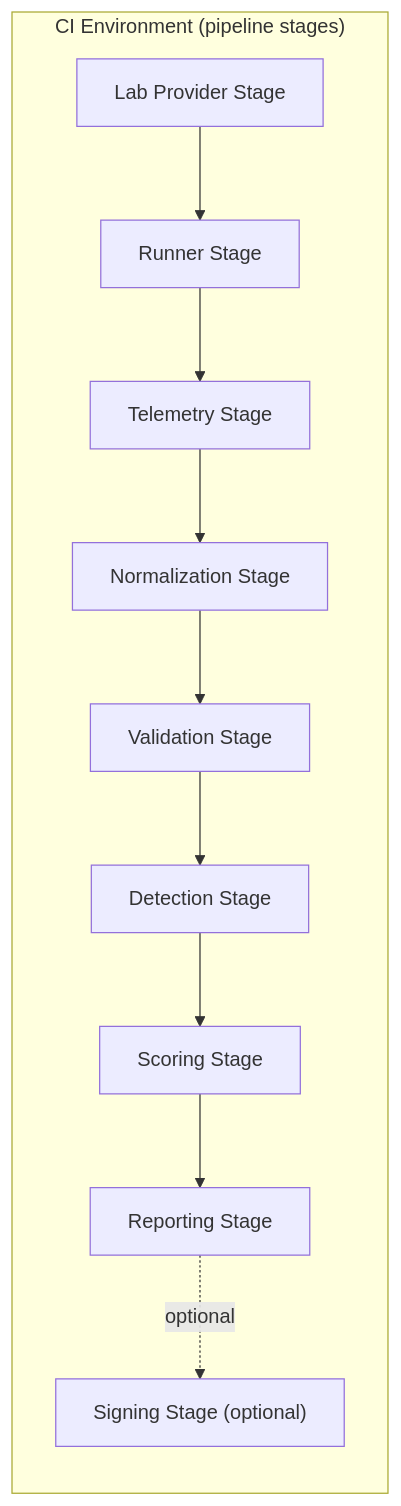
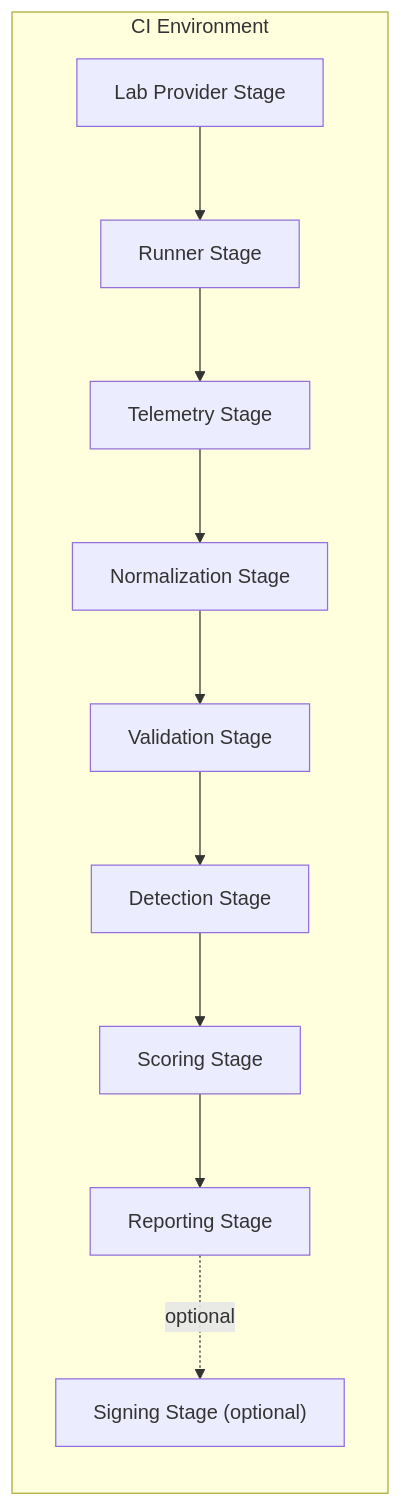
One commit to JochiRaider/purple-axiom changed the diagram in docs/diagrams/generated/stage_flow.md. Above: the diagram before and after it, drawn with Mermaid. The commit also changed 1 other file, not shown here.

````diff
--- a/docs/diagrams/generated/stage_flow.md
+++ b/docs/diagrams/generated/stage_flow.md
@@ -3,22 +3,22 @@
 ```mermaid
 flowchart LR
-  subgraph ci_environment["CI Environment (pipeline stages)"]
+  subgraph ci_environment["CI Environment"]
     lab_provider["Lab Provider Stage"]
     runner["Runner Stage"]
     telemetry["Telemetry Stage"]
     normalization["Normalization Stage"]
     validation["Validation Stage"]
     detection["Detection Stage"]
     scoring["Scoring Stage"]
     reporting["Reporting Stage"]
     signing["Signing Stage (optional)"]
   end
   lab_provider --> runner
   runner --> telemetry
   telemetry --> normalization
   normalization --> validation
   validation --> detection
   detection --> scoring
   scoring --> reporting
   reporting -. "optional" .-> signing
 ```
````
